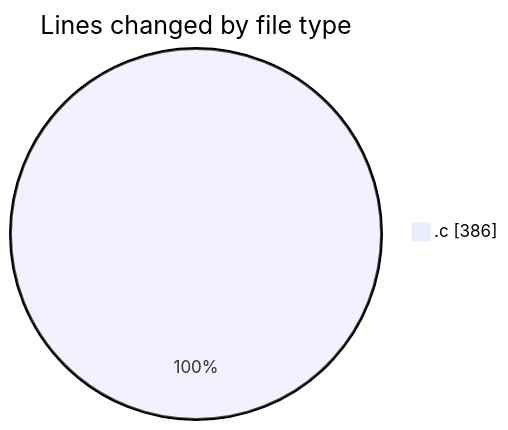
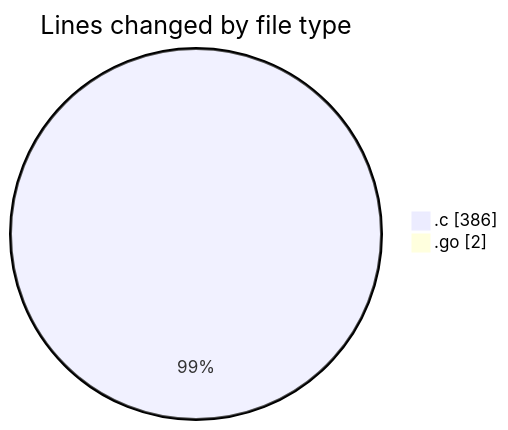
One commit to robertbonfada/code-tracking changed the first of 2 diagrams in 2025-03-05/termoa-central/README.md. Above: the diagram before and after it, drawn with Mermaid. The commit also changed other lines of this file and 1 other file, not shown here.

````diff
--- a/2025-03-05/termoa-central/README.md
+++ b/2025-03-05/termoa-central/README.md
@@ -20,5 +22,6 @@
 ```mermaid
 pie showData
 title Lines changed by file type
 ".c" : 386
+".go" : 2
 ```
````
